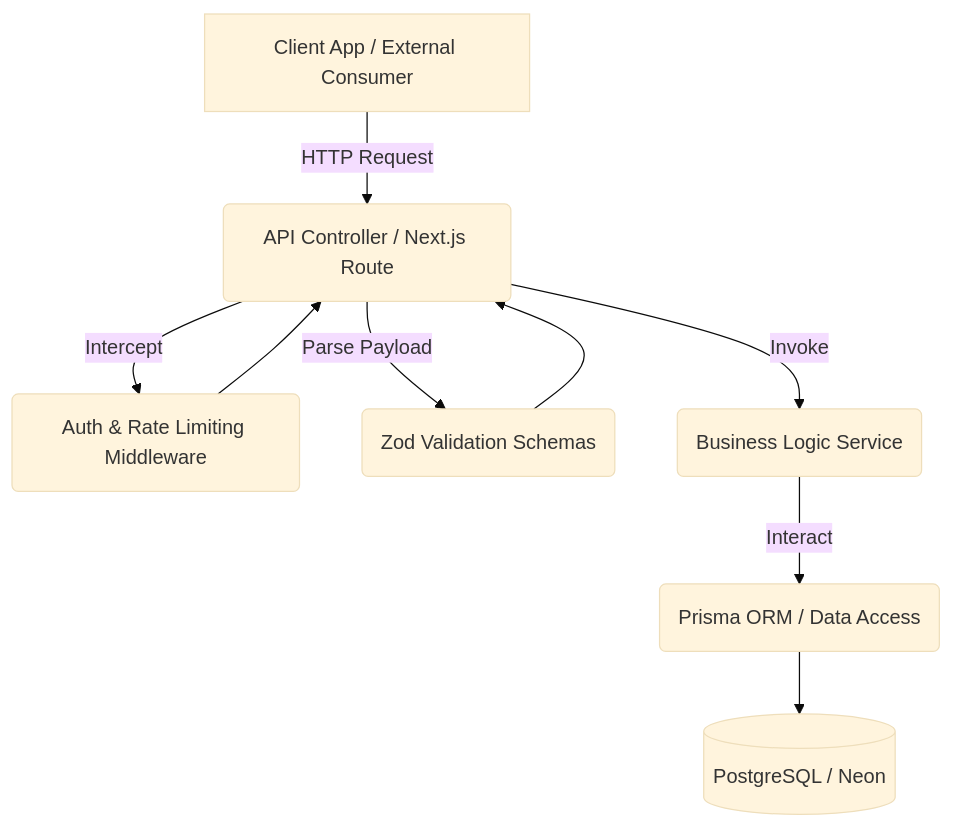
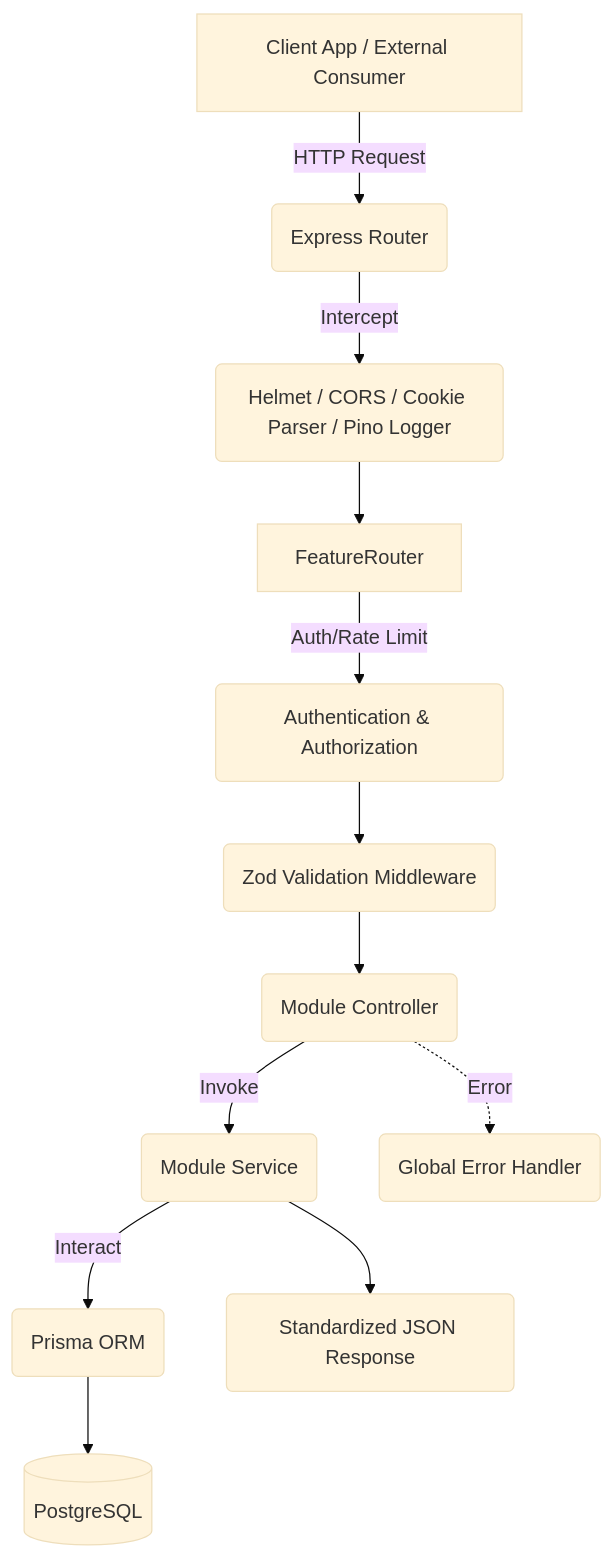
The diagram in docs/Backend_Architecture.md (Shubs-m7/APIMeter), drawn with Mermaid (base theme) before and after one commit. The commit also changed other lines of this file and 24 other files, not shown here.

````diff
--- a/docs/Backend_Architecture.md
+++ b/docs/Backend_Architecture.md
@@ -19,12 +19,15 @@
 ```mermaid
 graph TD
     Client[Client App / External Consumer]
-    Client -->|HTTP Request| APILayer(API Controller / Next.js Route)
-    APILayer -->|Intercept| Middleware(Auth & Rate Limiting Middleware)
-    Middleware --> APILayer
-    APILayer -->|Parse Payload| Validator(Zod Validation Schemas)
-    Validator --> APILayer
-    APILayer -->|Invoke| Service(Business Logic Service)
-    Service -->|Interact| Prisma(Prisma ORM / Data Access)
-    Prisma --> DB[(PostgreSQL / Neon)]
+    Client -->|HTTP Request| ExpressRouter(Express Router)
+    ExpressRouter -->|Intercept| GlobalMiddleware(Helmet / CORS / Cookie Parser / Pino Logger)
+    GlobalMiddleware --> FeatureRouter
+    FeatureRouter -->|Auth/Rate Limit| AuthMiddleware(Authentication & Authorization)
+    AuthMiddleware --> Validation(Zod Validation Middleware)
+    Validation --> Controller(Module Controller)
+    Controller -->|Invoke| Service(Module Service)
+    Service -->|Interact| Prisma(Prisma ORM)
+    Prisma --> DB[(PostgreSQL)]
+    Service --> ResponseBuilder(Standardized JSON Response)
+    Controller -.->|Error| ErrorHandler(Global Error Handler)
 ```
````
